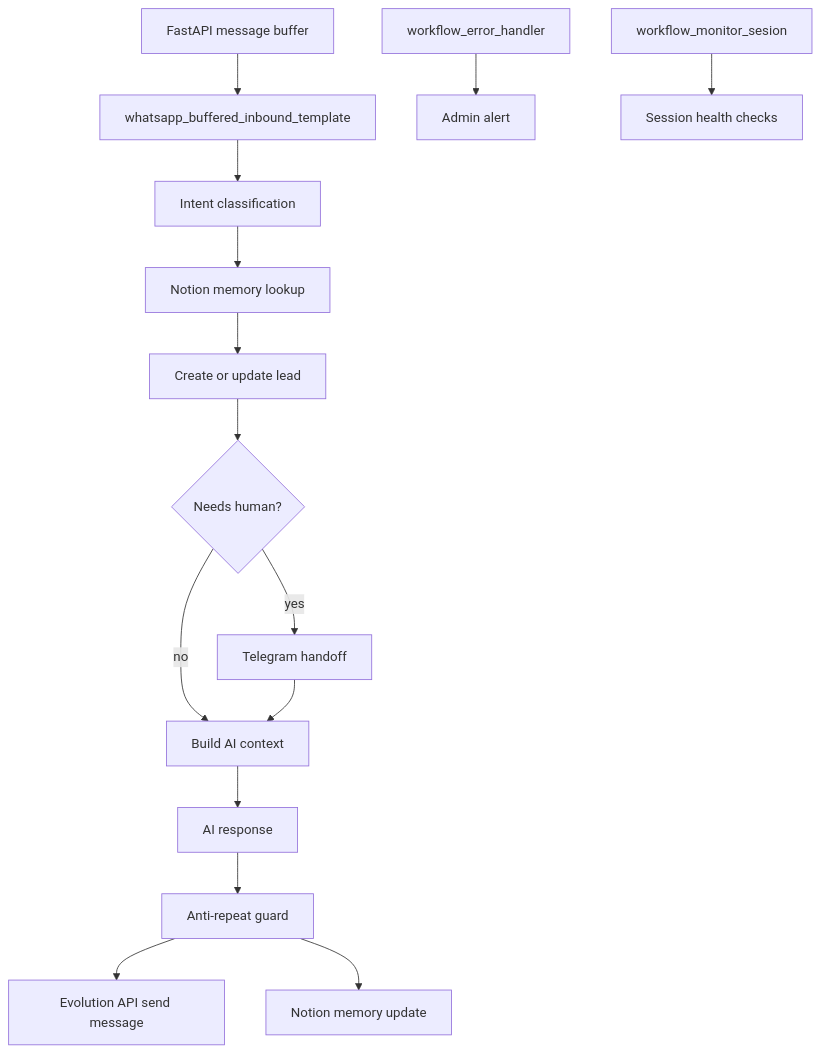
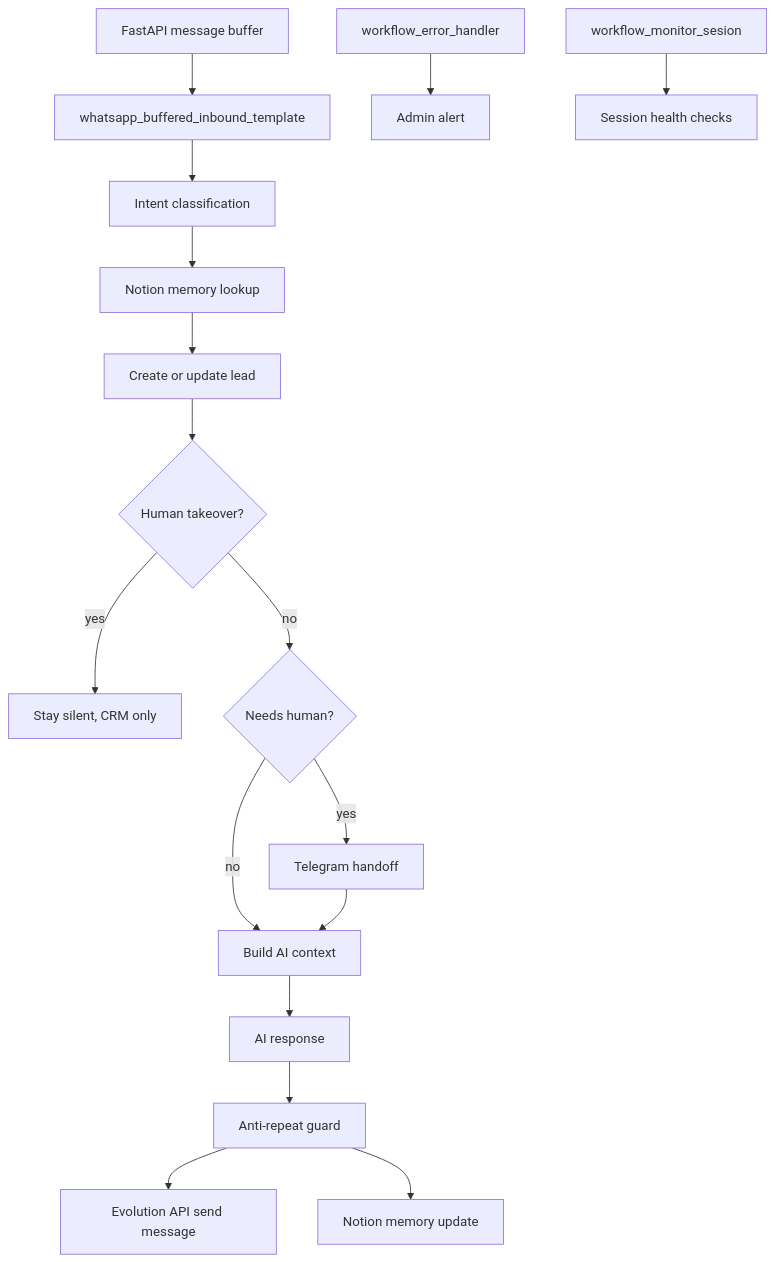
The diagram in n8n/README.md (nicolasvargaszz/bot), drawn with Mermaid before and after one commit. The commit also changed other lines of this file and 3 other files, not shown here.

First line of the commit message:
feat(n8n): human takeover pause via a Notion checkbox

````diff
--- a/n8n/README.md
+++ b/n8n/README.md
@@ -7,17 +7,19 @@
 ```mermaid
 flowchart TD
     A[FastAPI message buffer] --> B[whatsapp_buffered_inbound_template]
     B --> C[Intent classification]
     C --> D[Notion memory lookup]
     D --> E[Create or update lead]
-    E --> F{Needs human?}
+    E --> T{Human takeover?}
+    T -- yes --> S[Stay silent, CRM only]
+    T -- no --> F{Needs human?}
     F -- yes --> G[Telegram handoff]
     F -- no --> H[Build AI context]
     G --> H
     H --> I[AI response]
     I --> J[Anti-repeat guard]
     J --> K[Evolution API send message]
     J --> L[Notion memory update]
     M[workflow_error_handler] --> N[Admin alert]
     O[workflow_monitor_sesion] --> P[Session health checks]
 ```
````
